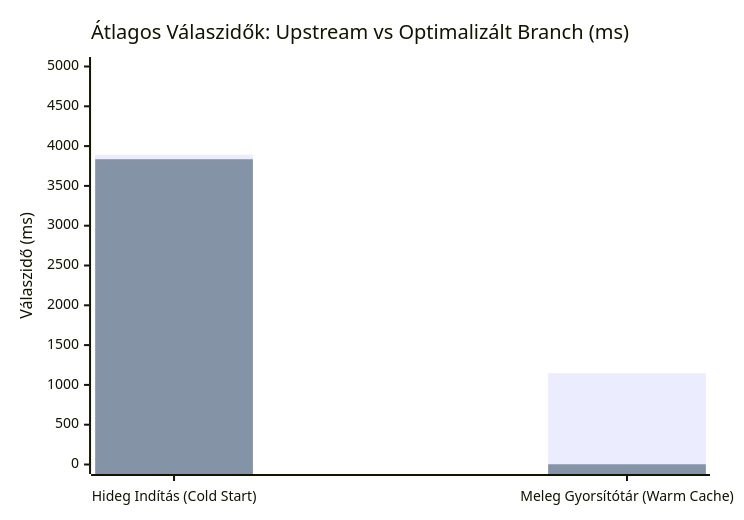
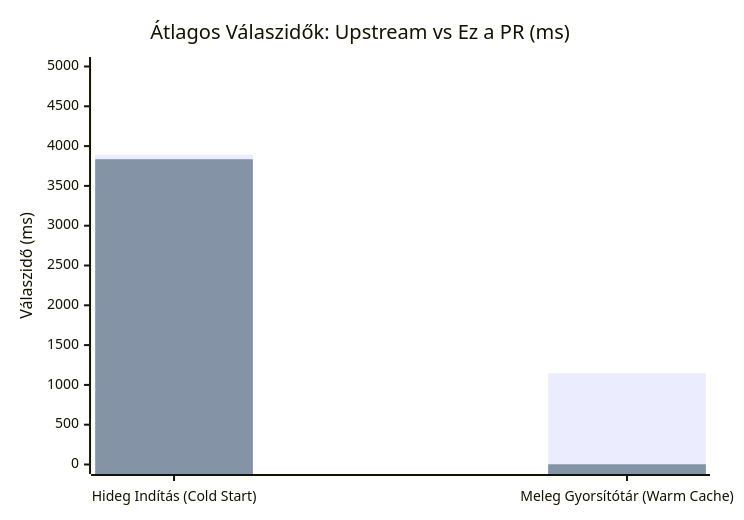
Before and after one commit to Levfero/stremhu-source-VibeCodedEdition: the second of 2 diagrams in docs/UPSTREAM_MR_DESCRIPTION.md, drawn with Mermaid. The commit also changed other lines of this file, not shown here.

Commit message:
docs: clean up MR description to focus strictly on upstream vs current PR comparison

````diff
--- a/docs/UPSTREAM_MR_DESCRIPTION.md
+++ b/docs/UPSTREAM_MR_DESCRIPTION.md
@@ -167,8 +167,8 @@
 ```mermaid
 xychart-beta
-    title "Átlagos Válaszidők: Upstream vs Optimalizált Branch (ms)"
+    title "Átlagos Válaszidők: Upstream vs Ez a PR (ms)"
     x-axis ["Hideg Indítás (Cold Start)", "Meleg Gyorsítótár (Warm Cache)"]
     y-axis "Válaszidő (ms)" 0 --> 5000
     bar [3892, 1148]
     bar [3835, 3]
 ```
````
